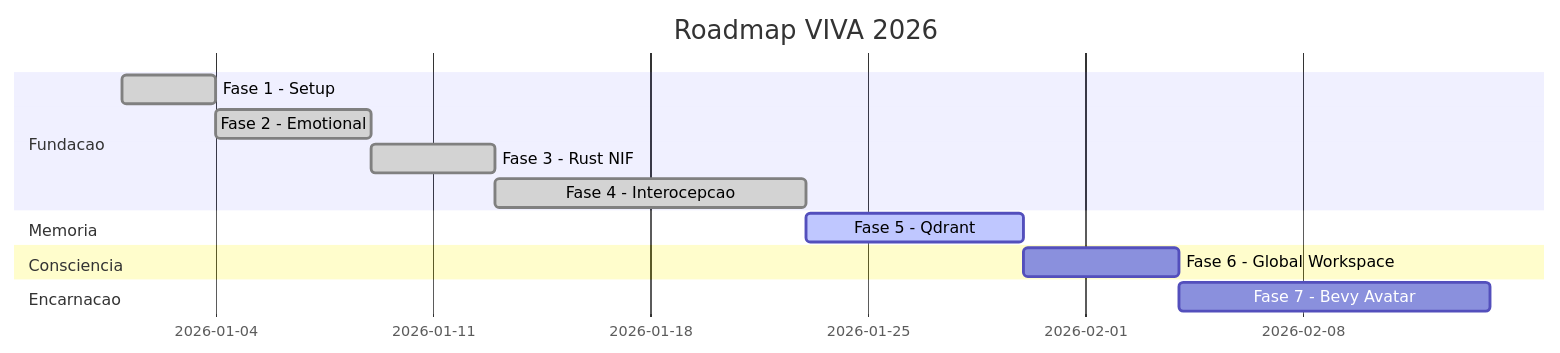
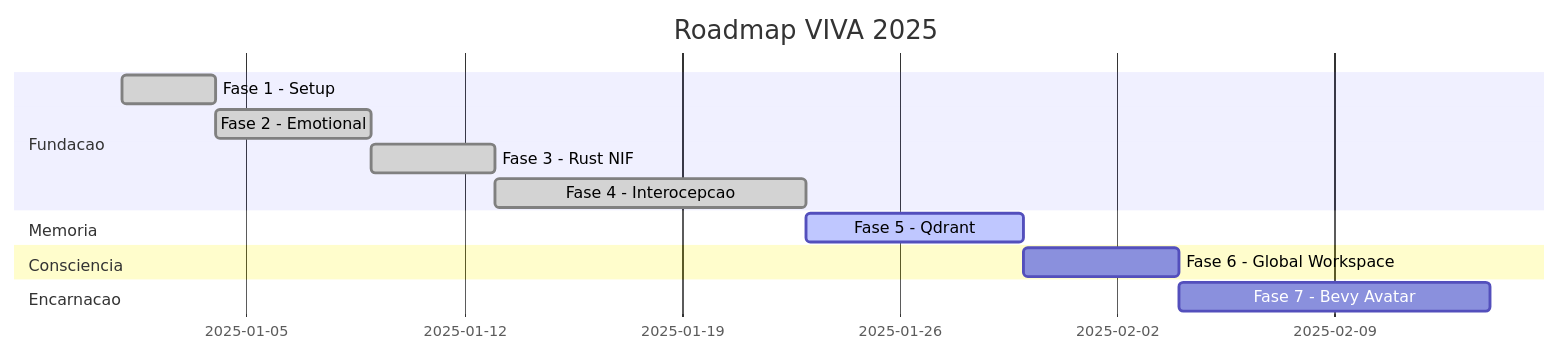
One commit to gabrielmaialva33/viva changed the third of 5 diagrams in docs/pt-br/explanation/project-status.md. Above: the diagram before and after it, drawn with Mermaid. The commit also changed other lines of this file and 12 other files, not shown here.

````diff
--- a/docs/pt-br/explanation/project-status.md
+++ b/docs/pt-br/explanation/project-status.md
@@ -106,20 +106,20 @@
 ```mermaid
 gantt
-    title Roadmap VIVA 2026
+    title Roadmap VIVA 2025
     dateFormat YYYY-MM-DD
 
     section Fundacao
-    Fase 1 - Setup           :done, p1, 2026-01-01, 3d
+    Fase 1 - Setup           :done, p1, 2025-01-01, 3d
     Fase 2 - Emotional       :done, p2, after p1, 5d
     Fase 3 - Rust NIF        :done, p3, after p2, 4d
     Fase 4 - Interocepcao    :done, p4, after p3, 10d
 
     section Memoria
     Fase 5 - Qdrant          :active, p5, after p4, 7d
 
     section Consciencia
     Fase 6 - Global Workspace :p6, after p5, 5d
 
     section Encarnacao
     Fase 7 - Bevy Avatar     :p7, after p6, 10d
 ```
````
